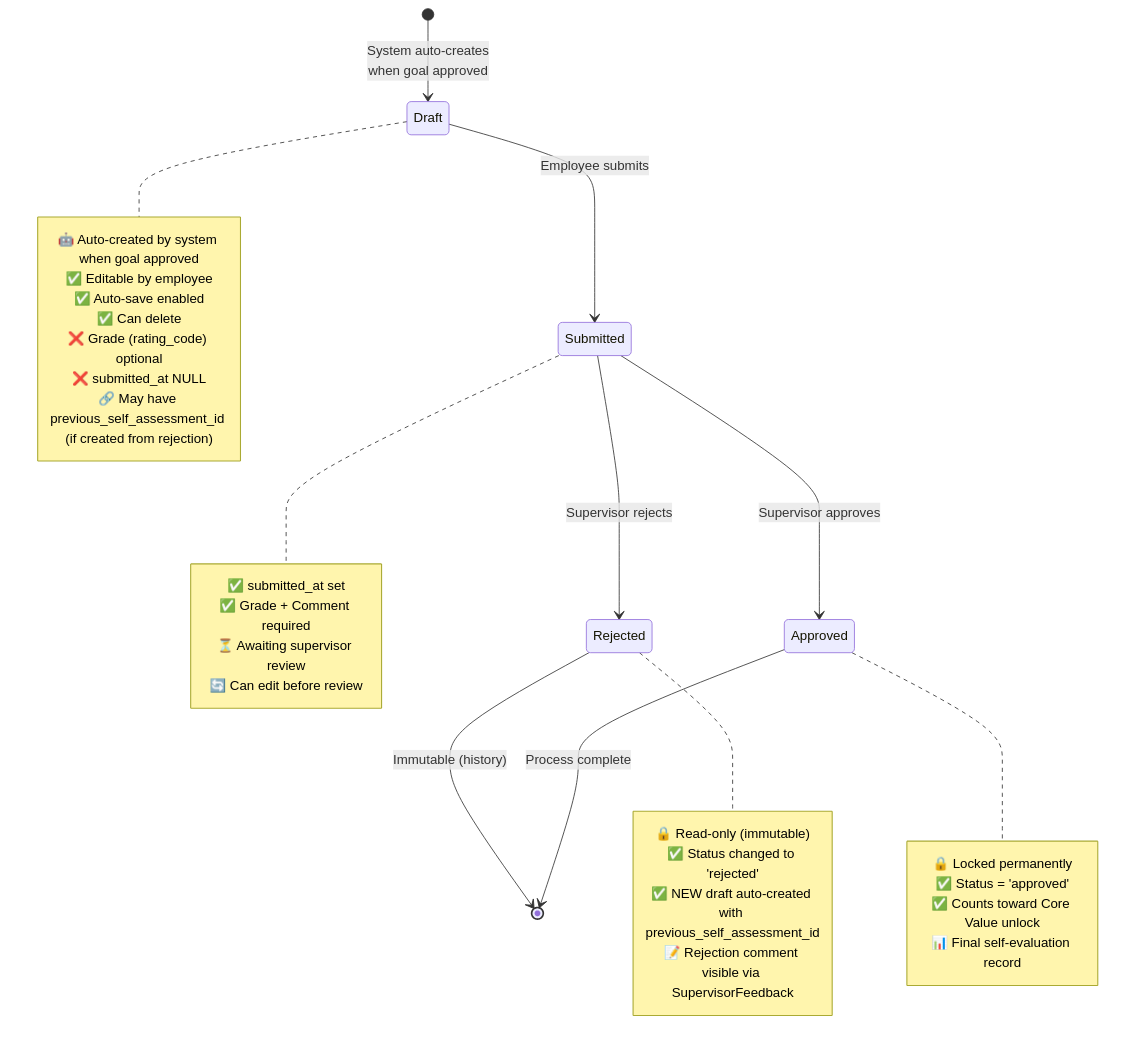
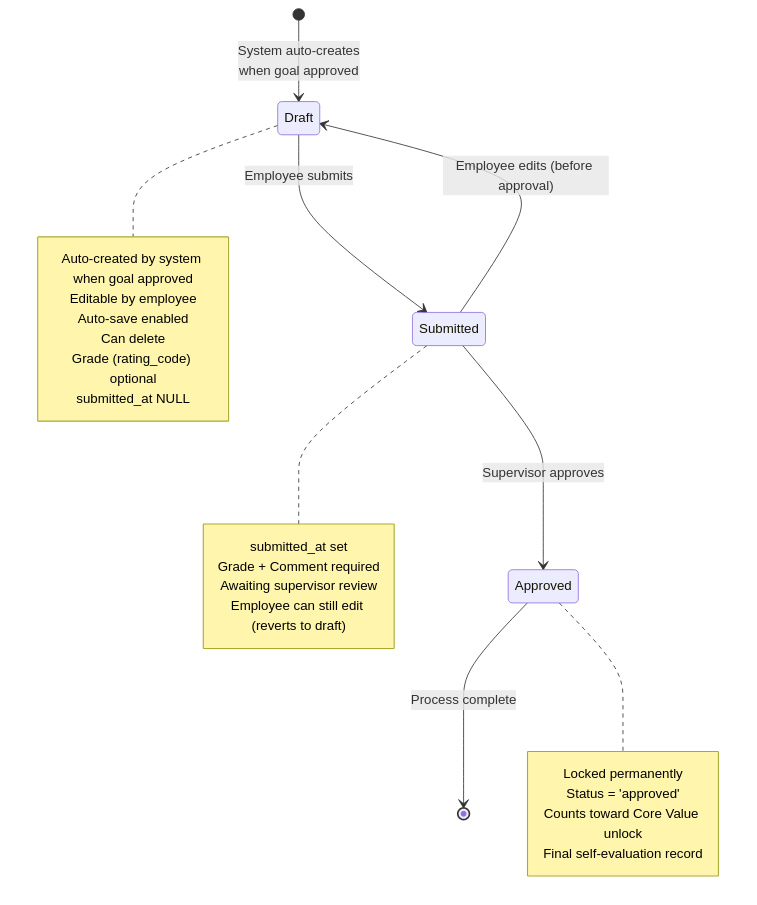
Before and after one commit to shintairiku/evaluation-system: the second of 3 diagrams in .kiro/specs/self-assessment/domain-model.md, drawn with Mermaid. The commit also changed other lines of this file, not shown here.

Commit message:
refactor: update self-assessment domain model

````diff
--- a/.kiro/specs/self-assessment/domain-model.md
+++ b/.kiro/specs/self-assessment/domain-model.md
@@ -478,40 +502,31 @@
 ```mermaid
 stateDiagram-v2
     [*] --> Draft: System auto-creates<br/>when goal approved
     Draft --> Submitted: Employee submits
-    Submitted --> Rejected: Supervisor rejects
+    Submitted --> Draft: Employee edits (before approval)
     Submitted --> Approved: Supervisor approves
-    Rejected --> [*]: Immutable (history)
     Approved --> [*]: Process complete
 
     note right of Draft
-        🤖 Auto-created by system when goal approved
-        ✅ Editable by employee
-        ✅ Auto-save enabled
-        ✅ Can delete
-        ❌ Grade (rating_code) optional
-        ❌ submitted_at NULL
-        🔗 May have previous_self_assessment_id (if created from rejection)
+        Auto-created by system when goal approved
+        Editable by employee
+        Auto-save enabled
+        Can delete
+        Grade (rating_code) optional
+        submitted_at NULL
     end note
 
     note right of Submitted
-        ✅ submitted_at set
-        ✅ Grade + Comment required
-        ⏳ Awaiting supervisor review
-        🔄 Can edit before review
-    end note
-
-    note right of Rejected
-        🔒 Read-only (immutable)
-        ✅ Status changed to 'rejected'
-        ✅ NEW draft auto-created with previous_self_assessment_id
-        📝 Rejection comment visible via SupervisorFeedback
+        submitted_at set
+        Grade + Comment required
+        Awaiting supervisor review
+        Employee can still edit (reverts to draft)
     end note
 
     note right of Approved
-        🔒 Locked permanently
-        ✅ Status = 'approved'
-        ✅ Counts toward Core Value unlock
-        📊 Final self-evaluation record
+        Locked permanently
+        Status = 'approved'
+        Counts toward Core Value unlock
+        Final self-evaluation record
     end note
 ```
````
